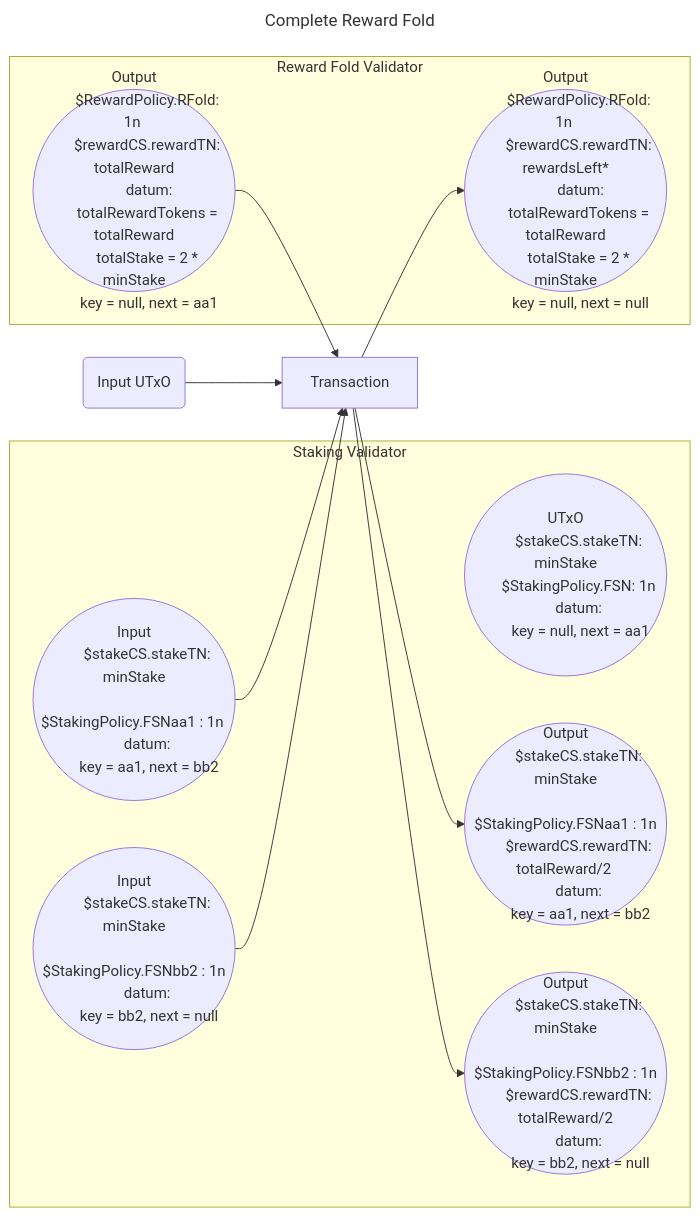
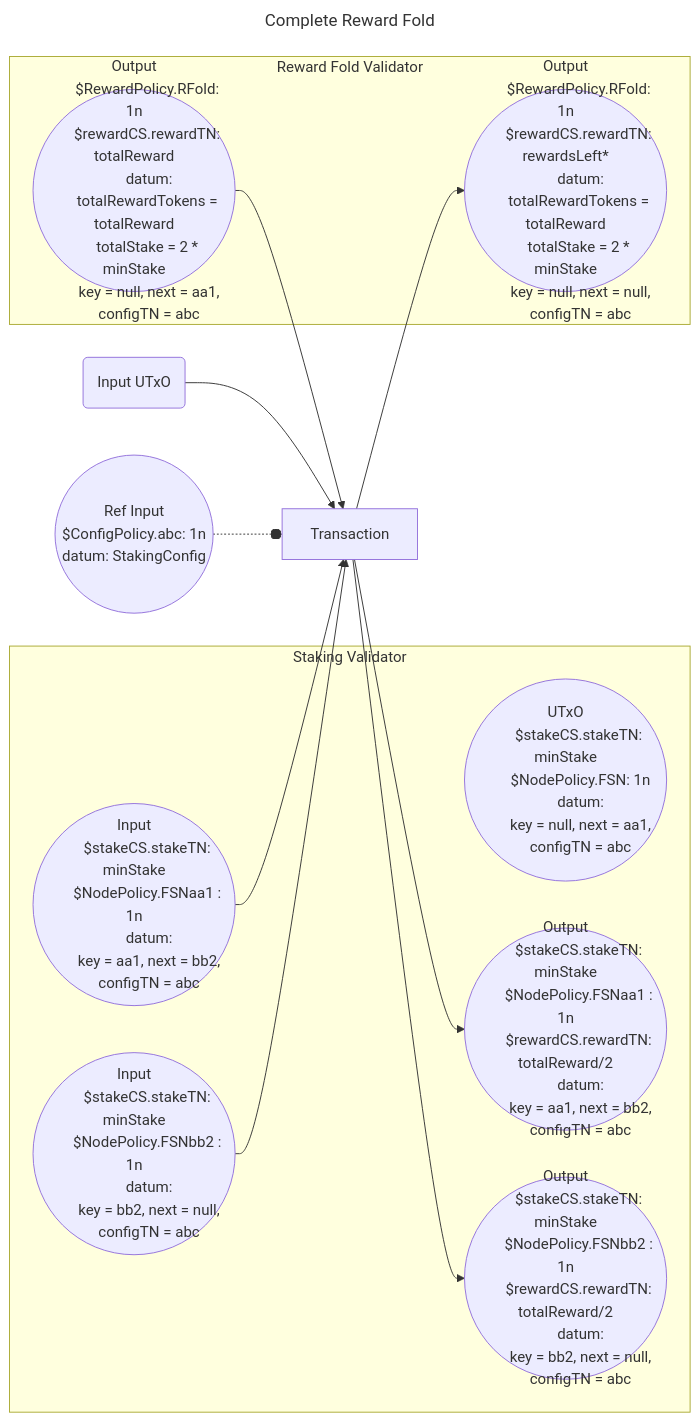
One commit to Anastasia-Labs/single-asset-staking-offchain changed the ninth of 9 diagrams in README.md. Above: the diagram before and after it, drawn with Mermaid. The commit also changed other lines of this file, not shown here.

````diff
--- a/README.md
+++ b/README.md
@@ -387,62 +431,72 @@
 ```mermaid
 ---
 title: Complete Reward Fold
 ---
 graph LR
     I1(Input UTxO)
     TX[ Transaction ]
     subgraph Staking Validator
     N1(("UTxO
         $stakeCS.stakeTN: minStake
-        $StakingPolicy.FSN: 1n 
-        datum: 
-        key = null, next = aa1 "))
+        $NodePolicy.FSN: 1n
+        datum:
+        key = null, next = aa1,
+        configTN = abc "))
     N2(("Input
         $stakeCS.stakeTN: minStake
-        $StakingPolicy.FSNaa1 : 1n 
-        datum: 
-        key = aa1, next = bb2 "))
+        $NodePolicy.FSNaa1 : 1n
+        datum:
+        key = aa1, next = bb2,
+        configTN = abc "))
     N3(("Input
         $stakeCS.stakeTN: minStake
-        $StakingPolicy.FSNbb2 : 1n
-        datum: 
-        key = bb2, next = null "))
+        $NodePolicy.FSNbb2 : 1n
+        datum:
+        key = bb2, next = null,
+        configTN = abc "))
     N4(("Output
         $stakeCS.stakeTN: minStake
-        $StakingPolicy.FSNaa1 : 1n
-        $rewardCS.rewardTN: totalReward/2 
-        datum: 
-        key = aa1, next = bb2 "))
+        $NodePolicy.FSNaa1 : 1n
+        $rewardCS.rewardTN: totalReward/2
+        datum:
+        key = aa1, next = bb2,
+        configTN = abc "))
     N5(("Output
         $stakeCS.stakeTN: minStake
-        $StakingPolicy.FSNbb2 : 1n
+        $NodePolicy.FSNbb2 : 1n
         $rewardCS.rewardTN: totalReward/2
-        datum: 
-        key = bb2, next = null "))
+        datum:
+        key = bb2, next = null,
+        configTN = abc "))
     end
     subgraph Reward Fold Validator
-    R1(("Output
-        $RewardPolicy.RFold: 1n 
+    O1(("Output
+        $RewardPolicy.RFold: 1n
         $rewardCS.rewardTN: totalReward
         datum:
         totalRewardTokens = totalReward
         totalStake = 2 * minStake
-        key = null, next = aa1        
+        key = null, next = aa1,
+        configTN = abc
         "))
-    R2(("Output
-        $RewardPolicy.RFold: 1n 
+    O2(("Output
+        $RewardPolicy.RFold: 1n
         $rewardCS.rewardTN: rewardsLeft*
         datum:
         totalRewardTokens = totalReward
         totalStake = 2 * minStake
-        key = null, next = null        
+        key = null, next = null,
+        configTN = abc
         "))
     end
-    R1 --> TX
+    O1 --> TX
     N2 --> TX
     N3 --> TX
     I1 --> TX
-    TX --> R2
+    TX --> O2
     TX --> N4
     TX --> N5
+    R1(("Ref Input
+        $ConfigPolicy.abc: 1n
+        datum: StakingConfig")) -.-o TX
 ```
````
